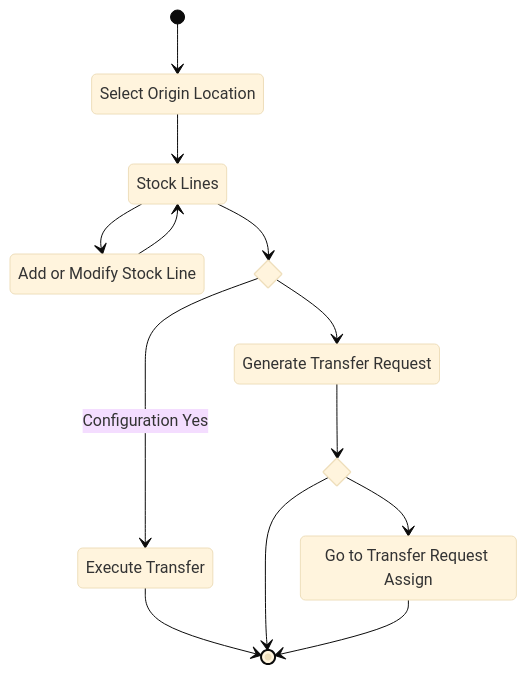
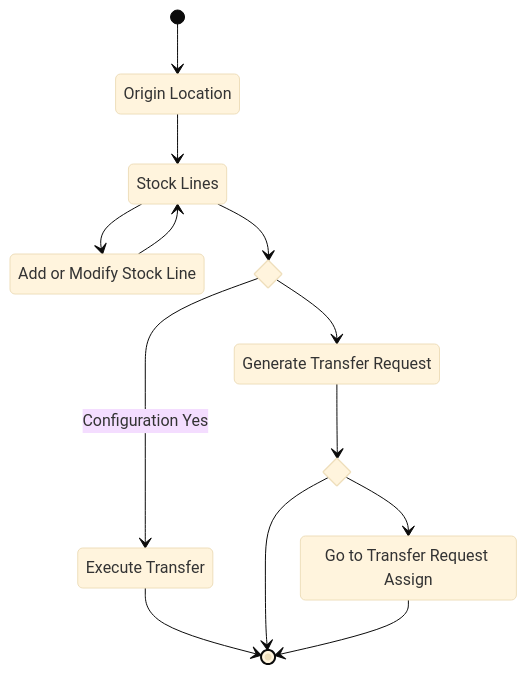
One commit to theonewhowritesthedocs/lwms-docs changed the diagram in docs/core_functions/putaway.md. Above: the diagram before and after it, drawn with Mermaid (base theme). The commit also changed other lines of this file and 20 other files, not shown here.

````diff
--- a/docs/core_functions/putaway.md
+++ b/docs/core_functions/putaway.md
@@ -11,30 +11,30 @@
 ```mermaid
 stateDiagram-v2
-    state "Select Origin Location" as select_origin_location
+    state "Origin Location" as select_origin_location
     state "Stock Lines" as stock
     state "Add or Modify Stock Line" as select_stock
     state "Generate Transfer Request" as generate_transfer_req
     state "Go to Transfer Request Assign" as transfer_req_assign
     state "Execute Transfer" as exec_transfer
 
     state if_finish_op <<choice>>
     state if_transfer_req_assign <<choice>>
 
     [*] --> select_origin_location
     select_origin_location --> stock
     stock --> select_stock
     select_stock --> stock
 
     
     stock --> if_finish_op
     if_finish_op --> exec_transfer: Configuration Yes
     exec_transfer --> [*]
 
     if_finish_op --> generate_transfer_req
     generate_transfer_req --> if_transfer_req_assign
     if_transfer_req_assign --> transfer_req_assign
     if_transfer_req_assign --> [*]
     transfer_req_assign --> [*]
     
     
 ```
````
